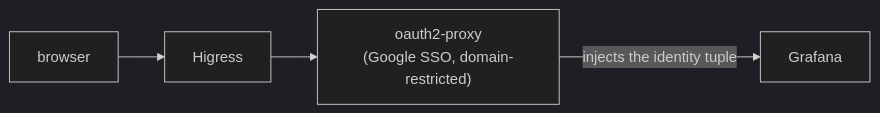
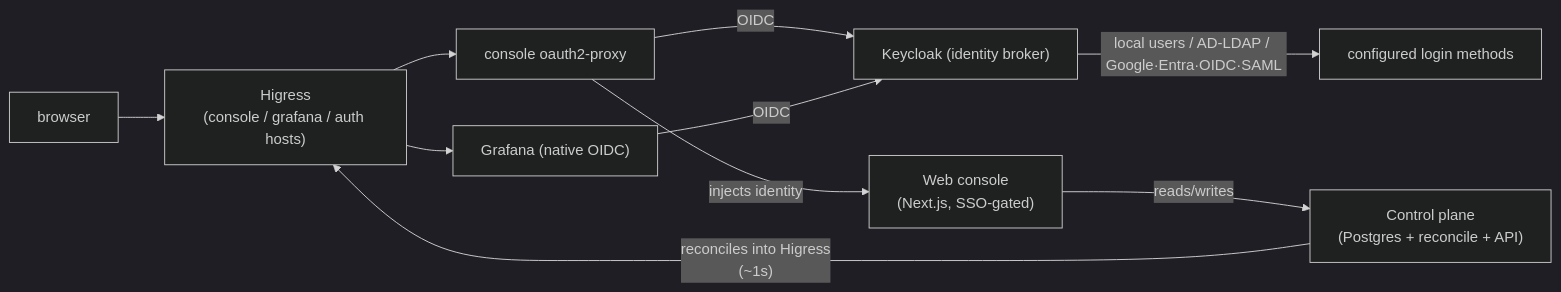
The second of 2 diagrams in docs/intro/architecture.md (opsta/opsta-ai-gateway-docs), drawn with Mermaid (dark theme) before and after one commit. The commit also changed other lines of this file, not shown here.

Commit message:
intro(architecture): simplify to high-level product doc, add console to diagrams

````diff
--- a/docs/intro/architecture.md
+++ b/docs/intro/architecture.md
@@ -32,6 +32,14 @@
 ```mermaid
 flowchart LR
-  browser["browser"] --> higress["Higress"]
-  higress --> op["oauth2-proxy<br/>(Google SSO, domain-restricted)"]
-  op -->|"injects the identity tuple"| grafana["Grafana"]
+  browser["browser"] --> hg["Higress<br/>(console / grafana / auth hosts)"]
+  hg --> op["console oauth2-proxy"]
+  hg --> graf["Grafana (native OIDC)"]
+  op -->|OIDC| kc["Keycloak (identity broker)"]
+  graf -->|OIDC| kc
+  kc -->|"local users / AD-LDAP / Google·Entra·OIDC·SAML"| idp["configured login methods"]
+  app["Web console<br/>(Next.js, SSO-gated)"]
+  cp["Control plane<br/>(Postgres + reconcile + API)"]
+  op -->|"injects identity"| app
+  app -->|reads/writes| cp
+  cp -->|"reconciles into Higress<br/>(~1s)"| hg
 ```
````
